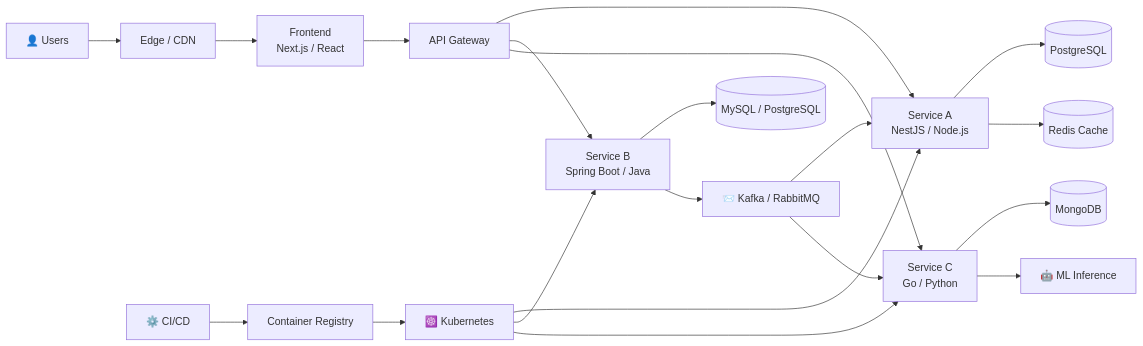
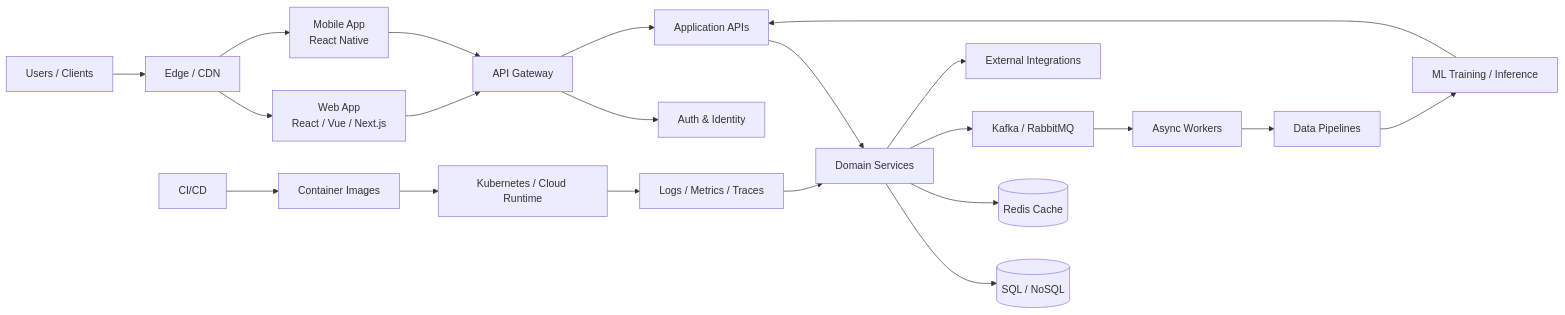
One commit to emanuellcs/emanuellcs changed the first of 2 diagrams in README.md. Above: the diagram before and after it, drawn with Mermaid. The commit also changed other lines of this file, not shown here.

````diff
--- a/README.md
+++ b/README.md
@@ -148,26 +232,27 @@
 ```mermaid
 flowchart LR
-  U[👤 Users] --> E[Edge / CDN]
-  E --> FE[Frontend\nNext.js / React]
-  FE --> GW[API Gateway]
+  U[Users / Clients] --> EDGE[Edge / CDN]
+  EDGE --> WEB[Web App\nReact / Vue / Next.js]
+  EDGE --> MOB[Mobile App\nReact Native]
 
-  GW --> STS[Service A\nNestJS / Node.js]
-  GW --> SJV[Service B\nSpring Boot / Java]
-  GW --> SGO[Service C\nGo / Python]
+  WEB --> GW[API Gateway]
+  MOB --> GW
 
-  STS --> DB1[(PostgreSQL)]
-  STS --> CA[(Redis Cache)]
-  SJV --> DB2[(MySQL / PostgreSQL)]
-  SJV --> MQ[📨 Kafka / RabbitMQ]
-  SGO --> DB3[(MongoDB)]
-  SGO --> ML[🤖 ML Inference]
+  GW --> AUTH[Auth & Identity]
+  GW --> API[Application APIs]
+  API --> DOM[Domain Services]
+  DOM --> DB[(SQL / NoSQL)]
+  DOM --> CACHE[(Redis Cache)]
+  DOM --> MQ[Kafka / RabbitMQ]
+  DOM --> EXT[External Integrations]
 
-  MQ --> STS
-  MQ --> SGO
+  MQ --> WORKERS[Async Workers]
+  WORKERS --> DATA[Data Pipelines]
+  DATA --> ML[ML Training / Inference]
+  ML --> API
 
-  CI[⚙️ CI/CD] --> REG[Container Registry]
-  REG --> K8s[☸️ Kubernetes]
-  K8s --> STS
-  K8s --> SJV
-  K8s --> SGO
+  CI[CI/CD] --> IMG[Container Images]
+  IMG --> K8S[Kubernetes / Cloud Runtime]
+  K8S --> OBS[Logs / Metrics / Traces]
+  OBS --> DOM
 ```
````
